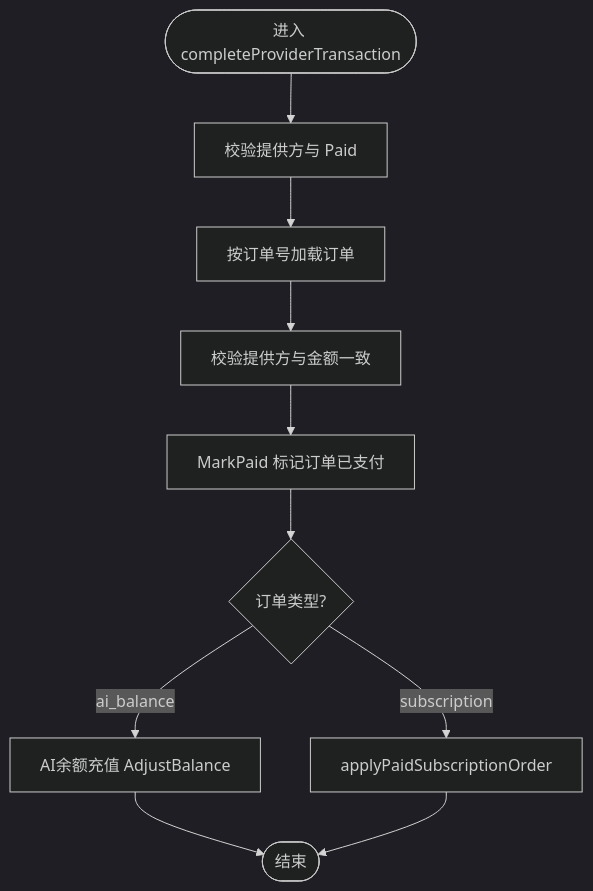
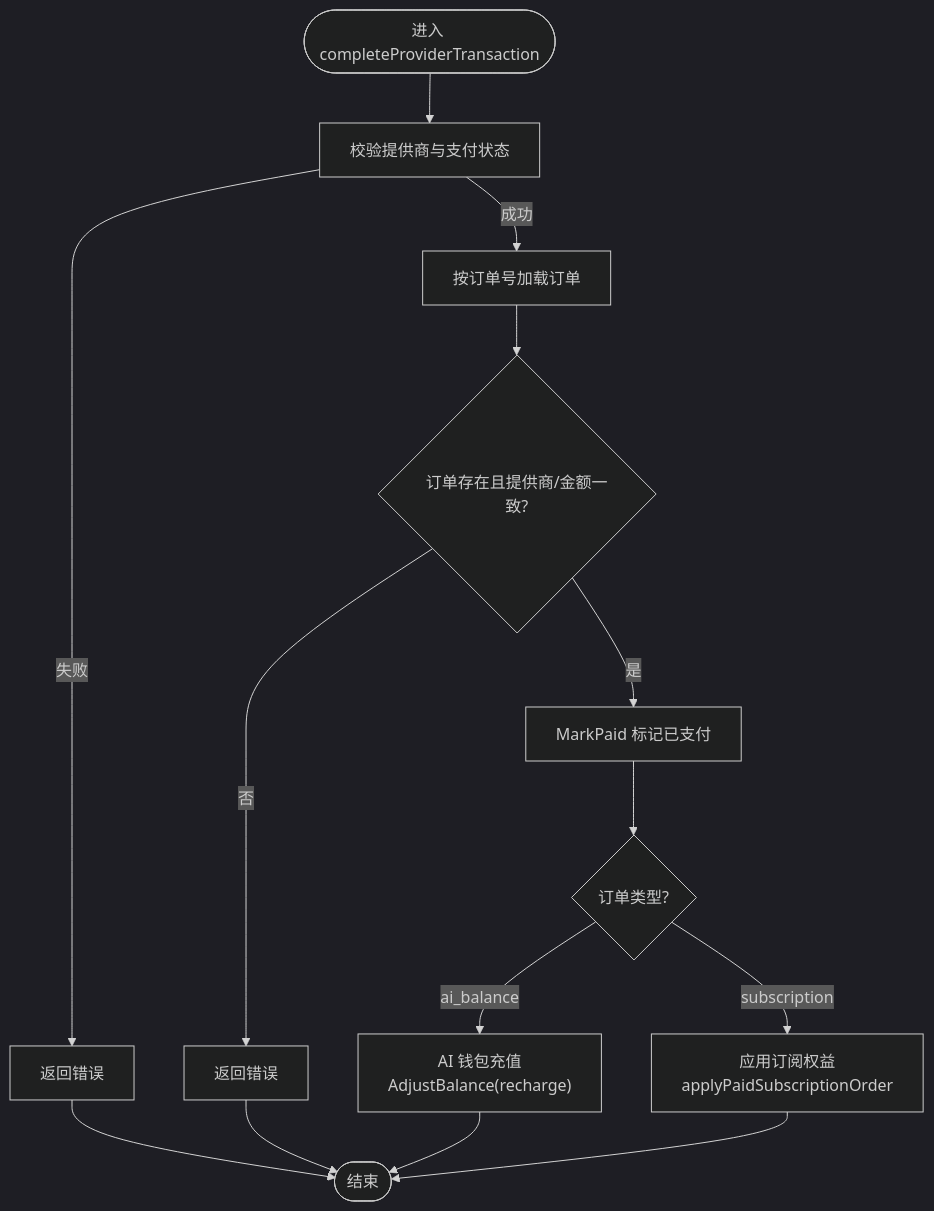
One commit to alvinwangzi/goodhr changed the third of 5 diagrams in .qoder/repowiki/zh/content/API接口文档/云端REST API/支付订阅API/支付回调处理.md. Above: the diagram before and after it, drawn with Mermaid (dark theme). The commit also changed other lines of this file and 149 other files, not shown here.

````diff
--- a/.qoder/repowiki/zh/content/API接口文档/云端REST API/支付订阅API/支付回调处理.md
+++ b/.qoder/repowiki/zh/content/API接口文档/云端REST API/支付订阅API/支付回调处理.md
@@ -131,12 +154,16 @@
 ```mermaid
 flowchart TD
-Start(["进入 completeProviderTransaction"]) --> CheckProv["校验提供方与 Paid"]
-CheckProv --> LoadOrder["按订单号加载订单"]
-LoadOrder --> Validate["校验提供方与金额一致"]
-Validate --> MarkPaid["MarkPaid 标记订单已支付"]
+Start(["进入 completeProviderTransaction"]) --> CheckProv["校验提供商与支付状态"]
+CheckProv --> |失败| ErrProv["返回错误"]
+CheckProv --> |成功| LoadOrder["按订单号加载订单"]
+LoadOrder --> OrderValid{"订单存在且提供商/金额一致?"}
+OrderValid --> |否| ErrOrder["返回错误"]
+OrderValid --> |是| MarkPaid["MarkPaid 标记已支付"]
 MarkPaid --> TypeCheck{"订单类型?"}
-TypeCheck --> |ai_balance| Recharge["AI余额充值 AdjustBalance"]
-TypeCheck --> |subscription| SubGrant["applyPaidSubscriptionOrder"]
+TypeCheck --> |ai_balance| Recharge["AI 钱包充值<br/>AdjustBalance(recharge)"]
+TypeCheck --> |subscription| SubApply["应用订阅权益<br/>applyPaidSubscriptionOrder"]
 Recharge --> End(["结束"])
-SubGrant --> End
+SubApply --> End
+ErrProv --> End
+ErrOrder --> End
 ```
````
